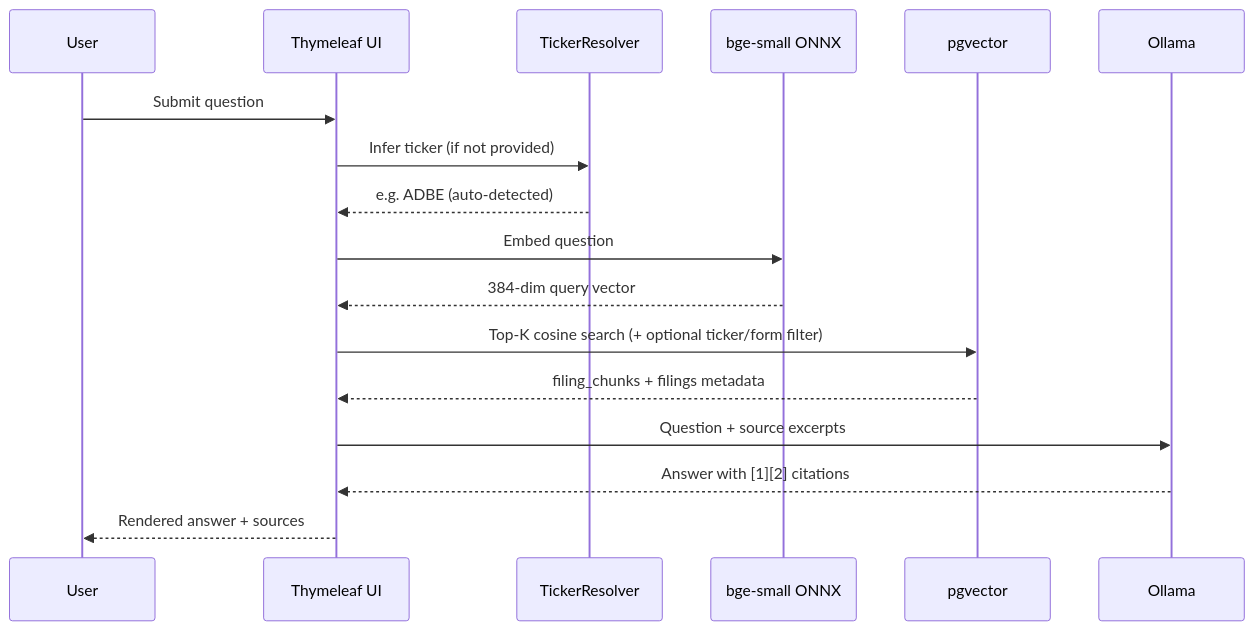
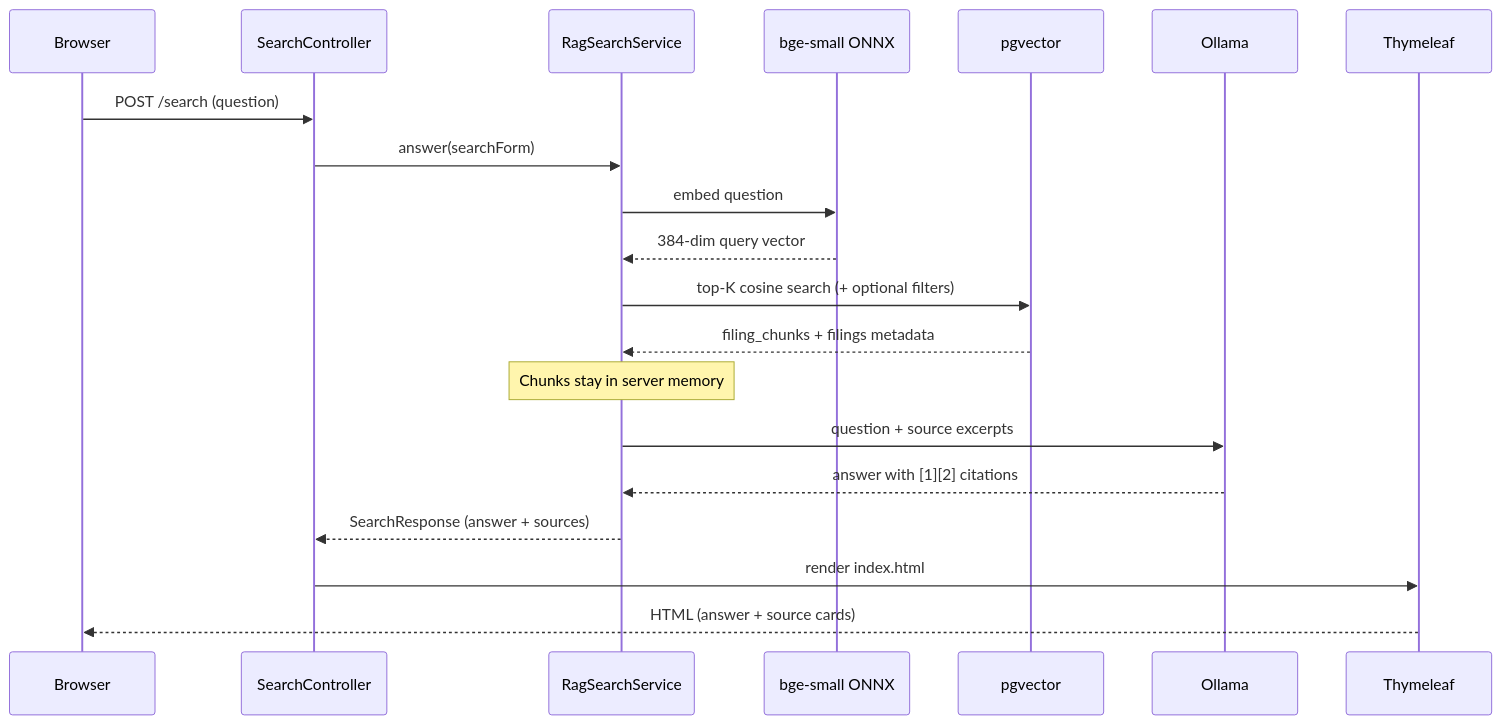
The diagram in README.md (sanjuthomas/sec-edgar-filings-semantic-search-ui), drawn with Mermaid before and after one commit. The commit also changed other lines of this file, not shown here.

First line of the commit message:
Update README to reflect server-side RAG flow.

````diff
--- a/README.md
+++ b/README.md
@@ -117,20 +110,23 @@
 ```mermaid
 sequenceDiagram
-    participant User
-    participant UI as Thymeleaf UI
-    participant Resolver as TickerResolver
+    participant Browser
+    participant Controller as SearchController
+    participant RAG as RagSearchService
     participant Embed as bge-small ONNX
     participant PG as pgvector
     participant LLM as Ollama
+    participant View as Thymeleaf
 
-    User->>UI: Submit question
-    UI->>Resolver: Infer ticker (if not provided)
-    Resolver-->>UI: e.g. ADBE (auto-detected)
-    UI->>Embed: Embed question
-    Embed-->>UI: 384-dim query vector
-    UI->>PG: Top-K cosine search (+ optional ticker/form filter)
-    PG-->>UI: filing_chunks + filings metadata
-    UI->>LLM: Question + source excerpts
-    LLM-->>UI: Answer with [1][2] citations
-    UI-->>User: Rendered answer + sources
+    Browser->>Controller: POST /search (question)
+    Controller->>RAG: answer(searchForm)
+    RAG->>Embed: embed question
+    Embed-->>RAG: 384-dim query vector
+    RAG->>PG: top-K cosine search (+ optional filters)
+    PG-->>RAG: filing_chunks + filings metadata
+    Note over RAG: Chunks stay in server memory
+    RAG->>LLM: question + source excerpts
+    LLM-->>RAG: answer with [1][2] citations
+    RAG-->>Controller: SearchResponse (answer + sources)
+    Controller->>View: render index.html
+    View-->>Browser: HTML (answer + source cards)
 ```
````
